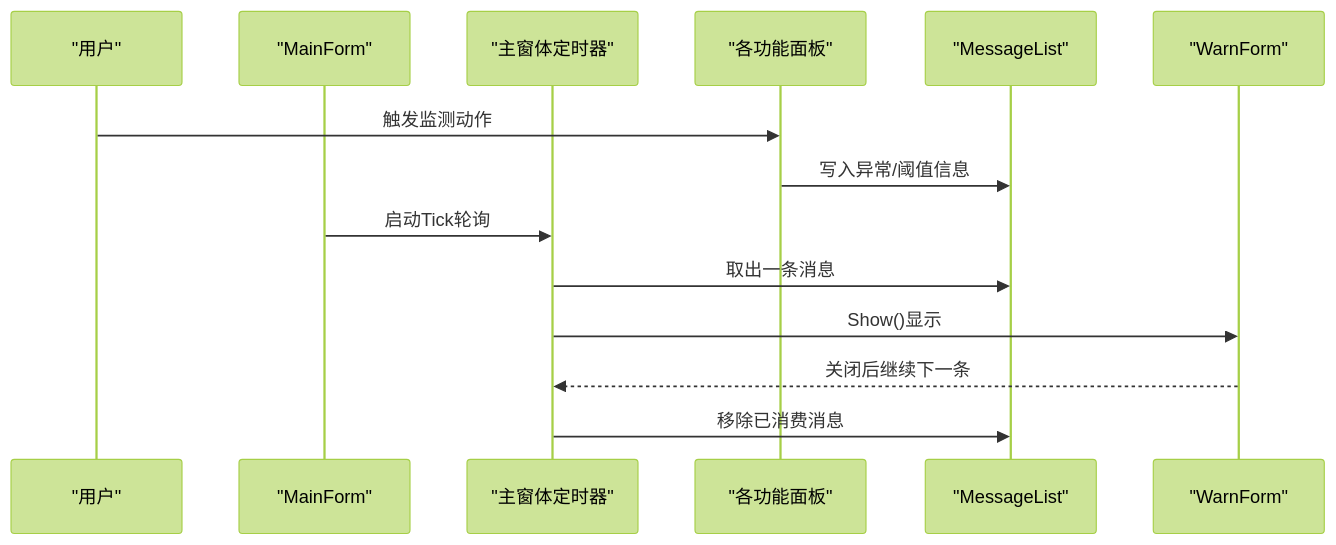
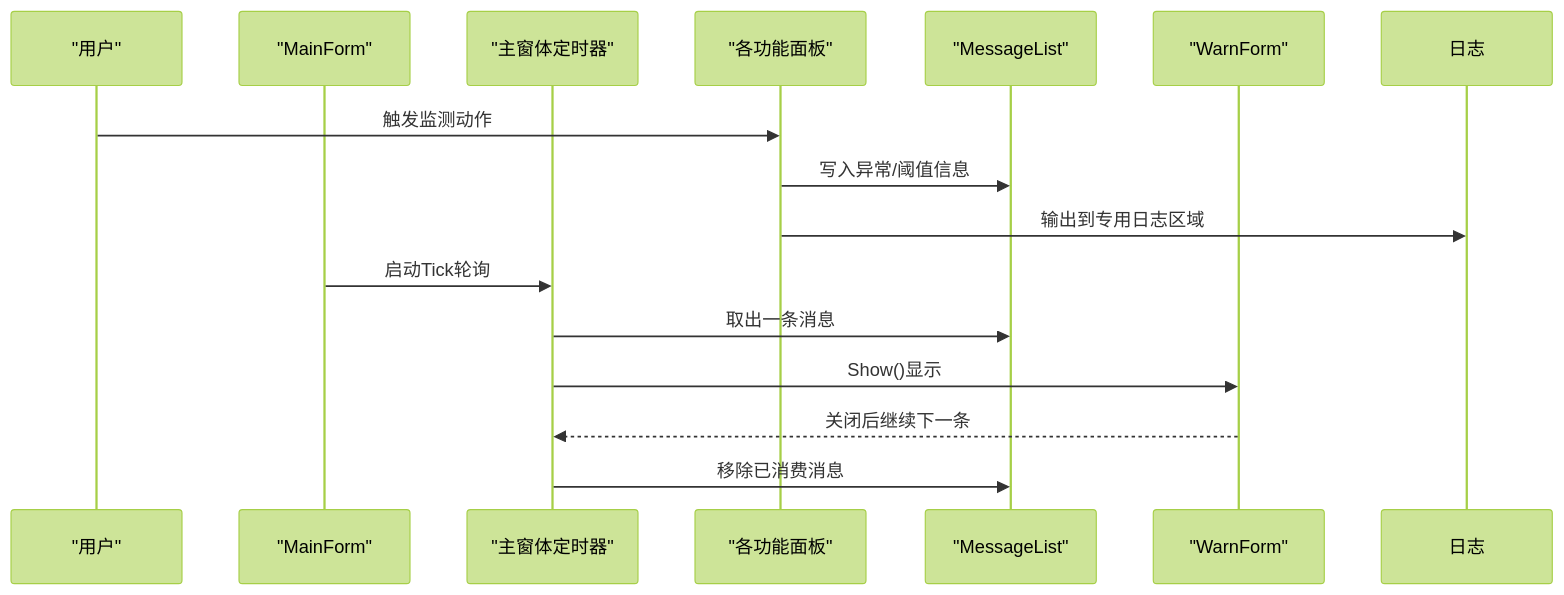
One commit to db300/IISMonitor changed the second of 5 diagrams in .qoder/repowiki/zh/content/IISMonitor.v1 功能详解/主界面概览.md. Above: the diagram before and after it, drawn with Mermaid (forest theme). The commit also changed other lines of this file and 5 other files, not shown here.

````diff
--- a/.qoder/repowiki/zh/content/IISMonitor.v1 功能详解/主界面概览.md
+++ b/.qoder/repowiki/zh/content/IISMonitor.v1 功能详解/主界面概览.md
@@ -85,16 +100,17 @@
 ```mermaid
 sequenceDiagram
 participant 用户 as "用户"
 participant 主窗体 as "MainForm"
 participant 定时器 as "主窗体定时器"
 participant 面板 as "各功能面板"
 participant 列表 as "MessageList"
 participant 警告窗 as "WarnForm"
 用户->>面板 : 触发监测动作
 面板->>列表 : 写入异常/阈值信息
+面板->>日志 : 输出到专用日志区域
 主窗体->>定时器 : 启动Tick轮询
 定时器->>列表 : 取出一条消息
 定时器->>警告窗 : Show()显示
 警告窗-->>定时器 : 关闭后继续下一条
 定时器->>列表 : 移除已消费消息
 ```
````
